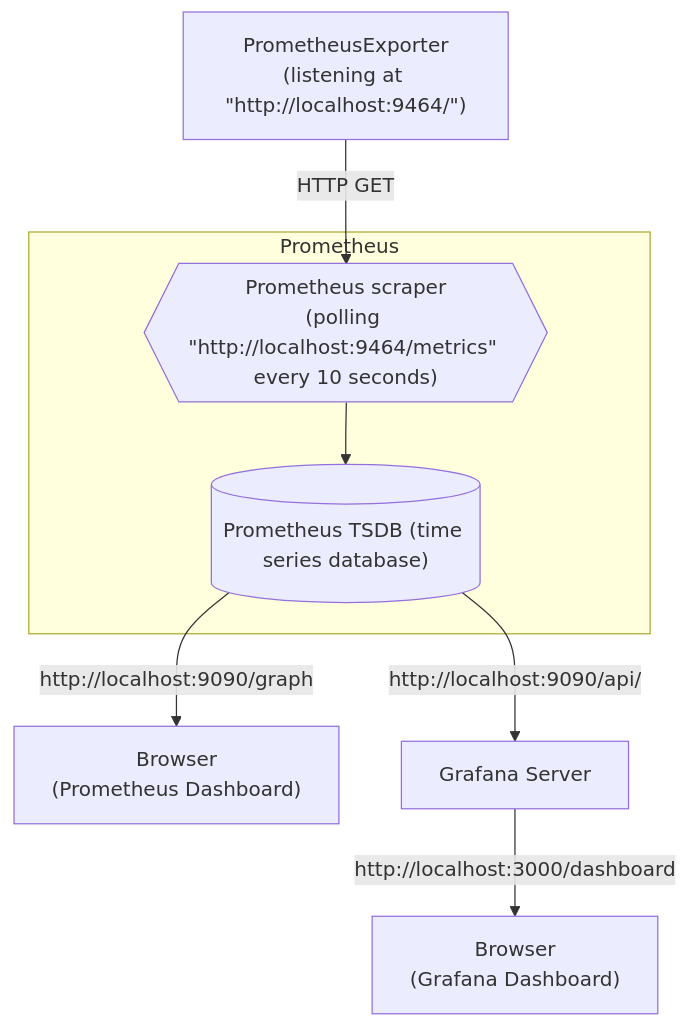
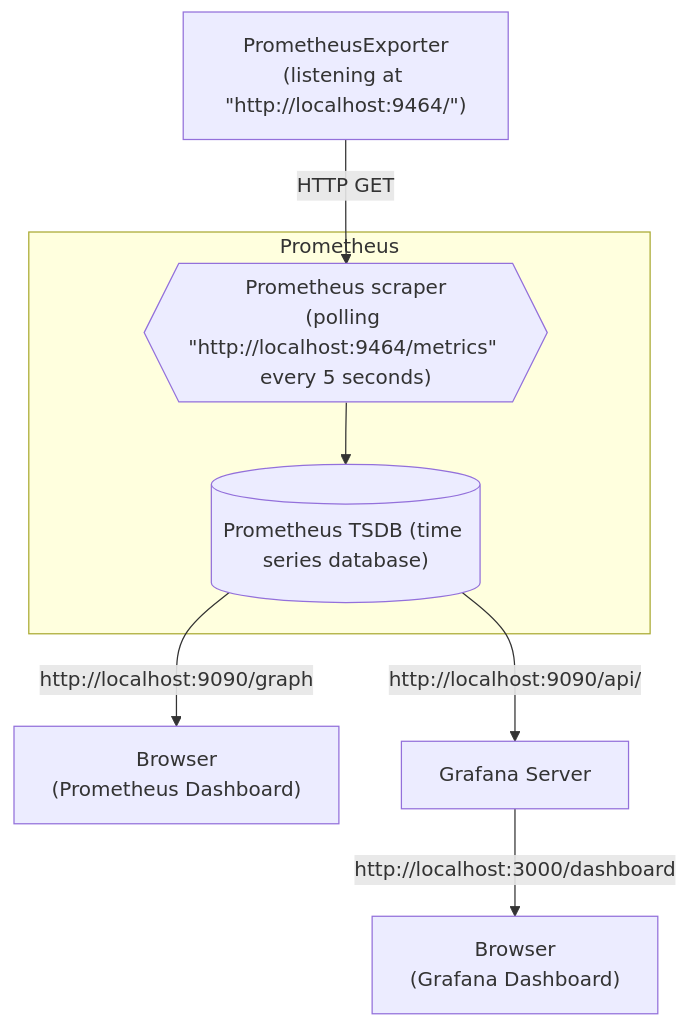
Before and after one commit to open-telemetry/opentelemetry-cpp: the second of 2 diagrams in examples/prometheus/README.md, drawn with Mermaid.

Commit message:
comments

````diff
--- a/examples/prometheus/README.md
+++ b/examples/prometheus/README.md
@@ -189,14 +189,14 @@
 ```mermaid
 graph TD
 
 subgraph Prometheus
   PrometheusScraper
   PrometheusDatabase
 end
 
-PrometheusExporter["PrometheusExporter<br/>(listening at #quot;http://localhost:9464/#quot;)"] -->|HTTP GET| PrometheusScraper{{"Prometheus scraper<br/>(polling #quot;http://localhost:9464/metrics#quot; every 10 seconds)"}}
+PrometheusExporter["PrometheusExporter<br/>(listening at #quot;http://localhost:9464/#quot;)"] -->|HTTP GET| PrometheusScraper{{"Prometheus scraper<br/>(polling #quot;http://localhost:9464/metrics#quot; every 5 seconds)"}}
 PrometheusScraper --> PrometheusDatabase[("Prometheus TSDB (time series database)")]
 PrometheusDatabase -->|http://localhost:9090/graph| PrometheusUI["Browser<br/>(Prometheus Dashboard)"]
 PrometheusDatabase -->|http://localhost:9090/api/| Grafana[Grafana Server]
 Grafana -->|http://localhost:3000/dashboard| GrafanaUI["Browser<br/>(Grafana Dashboard)"]
 ```
````
